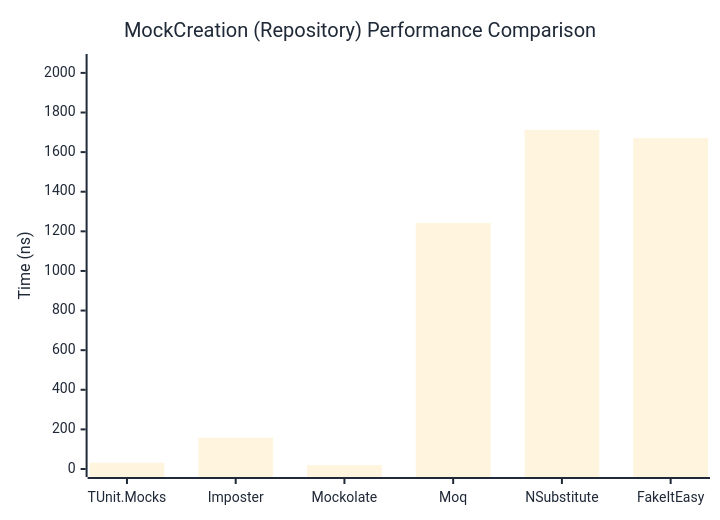
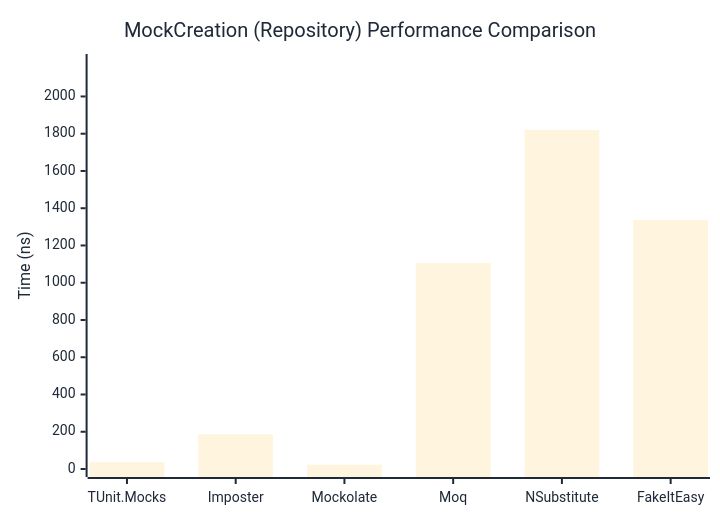
Before and after one commit to thomhurst/TUnit: the second of 2 diagrams in docs/docs/benchmarks/mocks/MockCreation.md, drawn with Mermaid. The commit also changed other lines of this file and 14 other files, not shown here.

````diff
--- a/docs/docs/benchmarks/mocks/MockCreation.md
+++ b/docs/docs/benchmarks/mocks/MockCreation.md
@@ -71,27 +71,27 @@
 ```mermaid
 %%{init: {
   'theme':'base',
   'themeVariables': {
     'primaryColor': '#2563eb',
     'primaryTextColor': '#1f2937',
     'primaryBorderColor': '#1e40af',
     'lineColor': '#6b7280',
     'secondaryColor': '#7c3aed',
     'tertiaryColor': '#dc2626',
     'background': '#ffffff',
     'pie1': '#2563eb',
     'pie2': '#7c3aed',
     'pie3': '#dc2626',
     'pie4': '#f59e0b',
     'pie5': '#10b981',
     'pie6': '#06b6d4',
     'pie7': '#ec4899',
     'pie8': '#6366f1'
   }
 }}%%
 xychart-beta
   title "MockCreation (Repository) Performance Comparison"
   x-axis ["TUnit.Mocks", "Imposter", "Mockolate", "Moq", "NSubstitute", "FakeItEasy"]
-  y-axis "Time (ns)" 0 --> 2055
-  bar [31.58, 158.06, 20.14, 1241.83, 1711.72, 1670.59]
+  y-axis "Time (ns)" 0 --> 2185
+  bar [36.88, 185.85, 22.83, 1106.32, 1820.19, 1336.15]
 ```
````
